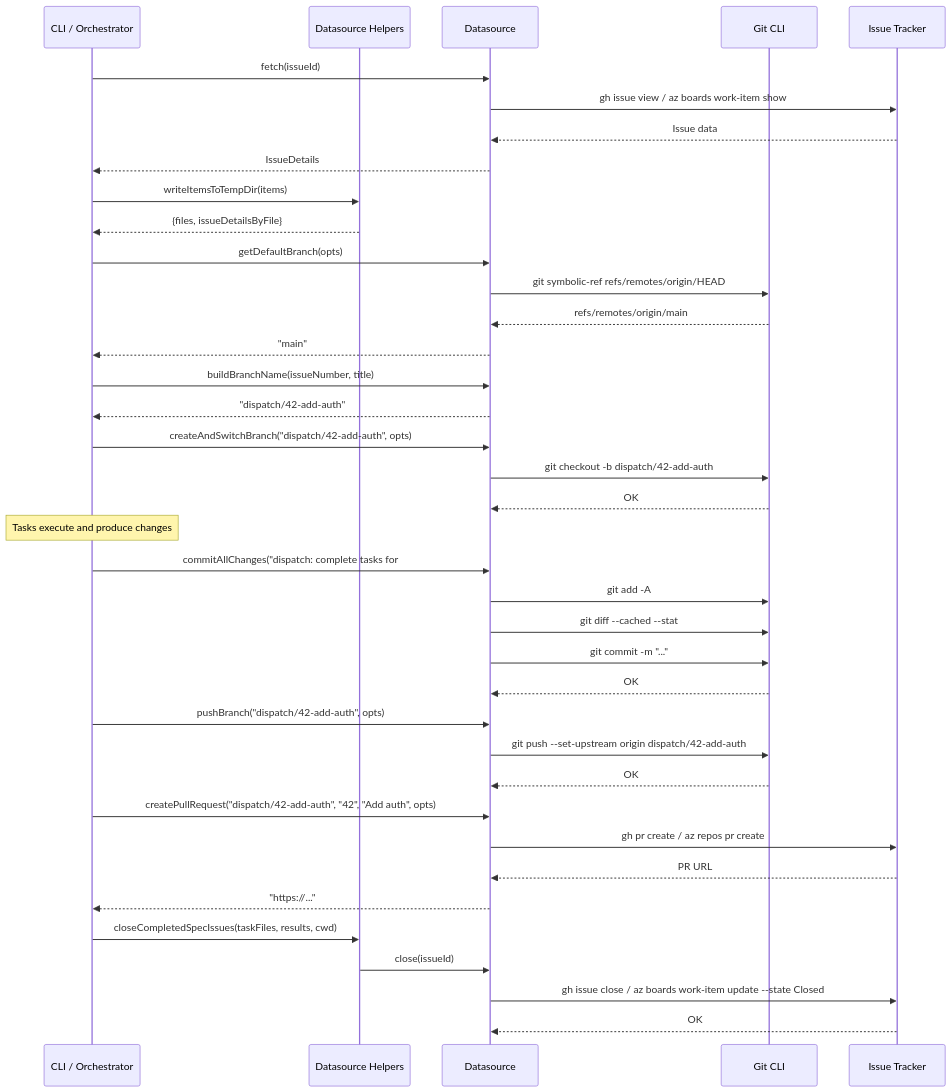
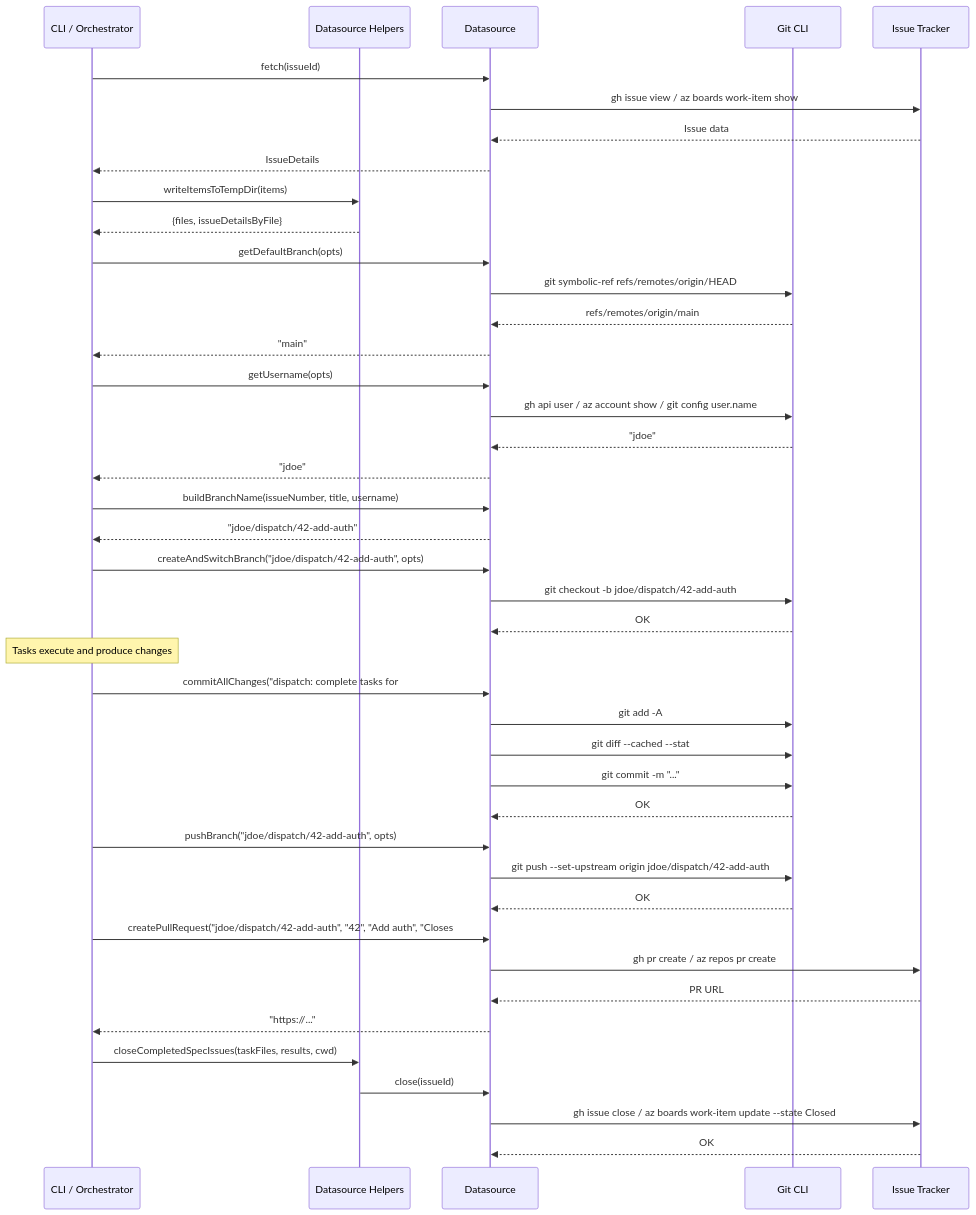
One commit to PatrickRuddiman/Dispatch changed the third of 3 diagrams in docs/datasource-system/overview.md. Above: the diagram before and after it, drawn with Mermaid. The commit also changed other lines of this file and 51 other files, not shown here.

````diff
--- a/docs/datasource-system/overview.md
+++ b/docs/datasource-system/overview.md
@@ -195,50 +197,55 @@
 ```mermaid
 sequenceDiagram
     participant CLI as CLI / Orchestrator
     participant Helpers as Datasource Helpers
     participant DS as Datasource
     participant Git as Git CLI
     participant Tracker as Issue Tracker
 
     CLI->>DS: fetch(issueId)
     DS->>Tracker: gh issue view / az boards work-item show
     Tracker-->>DS: Issue data
     DS-->>CLI: IssueDetails
 
     CLI->>Helpers: writeItemsToTempDir(items)
     Helpers-->>CLI: {files, issueDetailsByFile}
 
     CLI->>DS: getDefaultBranch(opts)
     DS->>Git: git symbolic-ref refs/remotes/origin/HEAD
     Git-->>DS: refs/remotes/origin/main
     DS-->>CLI: "main"
 
-    CLI->>DS: buildBranchName(issueNumber, title)
-    DS-->>CLI: "dispatch/42-add-auth"
+    CLI->>DS: getUsername(opts)
+    DS->>Git: gh api user / az account show / git config user.name
+    Git-->>DS: "jdoe"
+    DS-->>CLI: "jdoe"
 
-    CLI->>DS: createAndSwitchBranch("dispatch/42-add-auth", opts)
-    DS->>Git: git checkout -b dispatch/42-add-auth
+    CLI->>DS: buildBranchName(issueNumber, title, username)
+    DS-->>CLI: "jdoe/dispatch/42-add-auth"
+
+    CLI->>DS: createAndSwitchBranch("jdoe/dispatch/42-add-auth", opts)
+    DS->>Git: git checkout -b jdoe/dispatch/42-add-auth
     Git-->>DS: OK
 
     Note over CLI: Tasks execute and produce changes
 
     CLI->>DS: commitAllChanges("dispatch: complete tasks for #42", opts)
     DS->>Git: git add -A
     DS->>Git: git diff --cached --stat
     DS->>Git: git commit -m "..."
     Git-->>DS: OK
 
-    CLI->>DS: pushBranch("dispatch/42-add-auth", opts)
-    DS->>Git: git push --set-upstream origin dispatch/42-add-auth
+    CLI->>DS: pushBranch("jdoe/dispatch/42-add-auth", opts)
+    DS->>Git: git push --set-upstream origin jdoe/dispatch/42-add-auth
     Git-->>DS: OK
 
-    CLI->>DS: createPullRequest("dispatch/42-add-auth", "42", "Add auth", opts)
+    CLI->>DS: createPullRequest("jdoe/dispatch/42-add-auth", "42", "Add auth", "Closes #42", opts)
     DS->>Tracker: gh pr create / az repos pr create
     Tracker-->>DS: PR URL
     DS-->>CLI: "https://..."
 
     CLI->>Helpers: closeCompletedSpecIssues(taskFiles, results, cwd)
     Helpers->>DS: close(issueId)
     DS->>Tracker: gh issue close / az boards work-item update --state Closed
     Tracker-->>DS: OK
 ```
````
